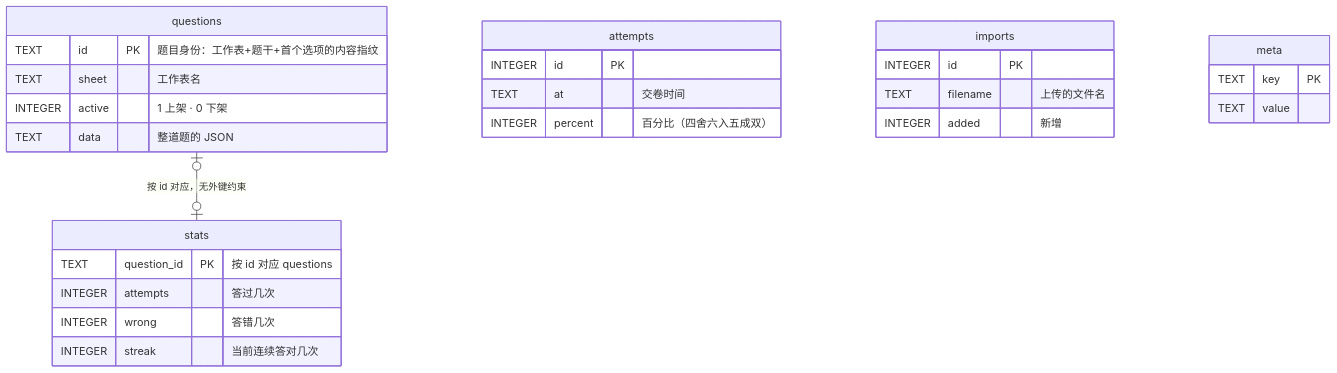
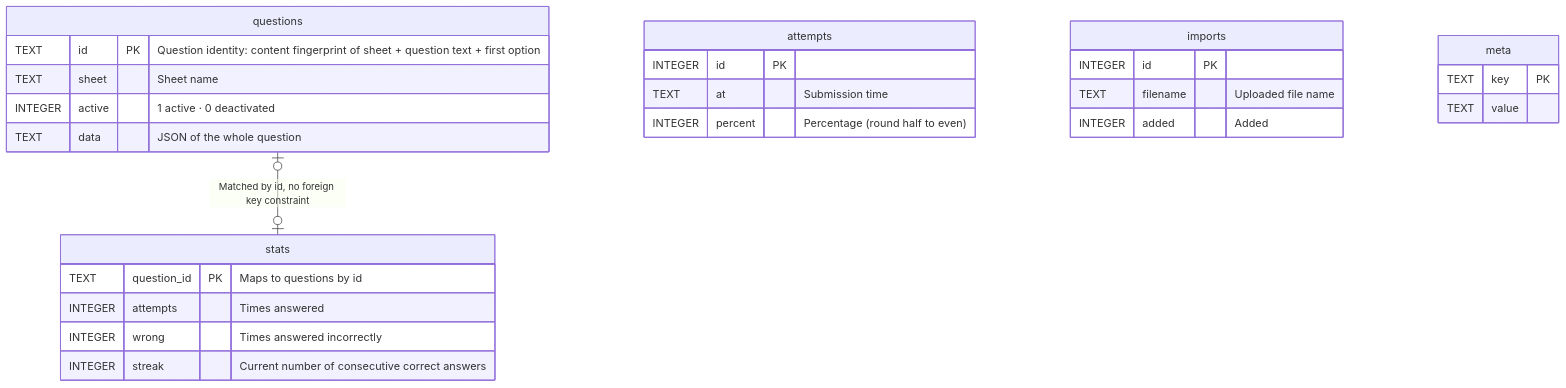
Before and after one commit to Yumin-Space/xexam: the third of 6 diagrams in README.md, drawn with Mermaid. The commit also changed other lines of this file and 127 other files, not shown here.

````diff
--- a/README.md
+++ b/README.md
@@ -175,30 +186,30 @@
 ```mermaid
 erDiagram
     questions {
-        TEXT id PK "题目身份：工作表+题干+首个选项的内容指纹"
-        TEXT sheet "工作表名"
-        INTEGER active "1 上架 · 0 下架"
-        TEXT data "整道题的 JSON"
+        TEXT id PK "Question identity: content fingerprint of sheet + question text + first option"
+        TEXT sheet "Sheet name"
+        INTEGER active "1 active · 0 deactivated"
+        TEXT data "JSON of the whole question"
     }
     stats {
-        TEXT question_id PK "按 id 对应 questions"
-        INTEGER attempts "答过几次"
-        INTEGER wrong "答错几次"
-        INTEGER streak "当前连续答对几次"
+        TEXT question_id PK "Maps to questions by id"
+        INTEGER attempts "Times answered"
+        INTEGER wrong "Times answered incorrectly"
+        INTEGER streak "Current number of consecutive correct answers"
     }
     attempts {
         INTEGER id PK
-        TEXT at "交卷时间"
-        INTEGER percent "百分比（四舍六入五成双）"
+        TEXT at "Submission time"
+        INTEGER percent "Percentage (round half to even)"
     }
     imports {
         INTEGER id PK
-        TEXT filename "上传的文件名"
-        INTEGER added "新增"
+        TEXT filename "Uploaded file name"
+        INTEGER added "Added"
     }
     meta {
         TEXT key PK
         TEXT value
     }
-    questions |o--o| stats : "按 id 对应，无外键约束"
+    questions |o--o| stats : "Matched by id, no foreign key constraint"
 ```
````
